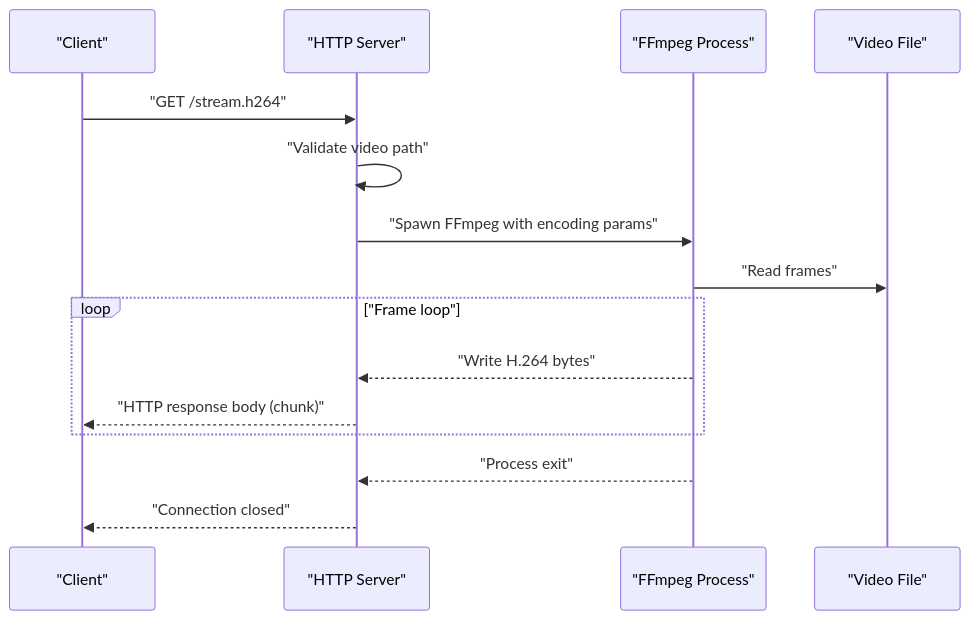
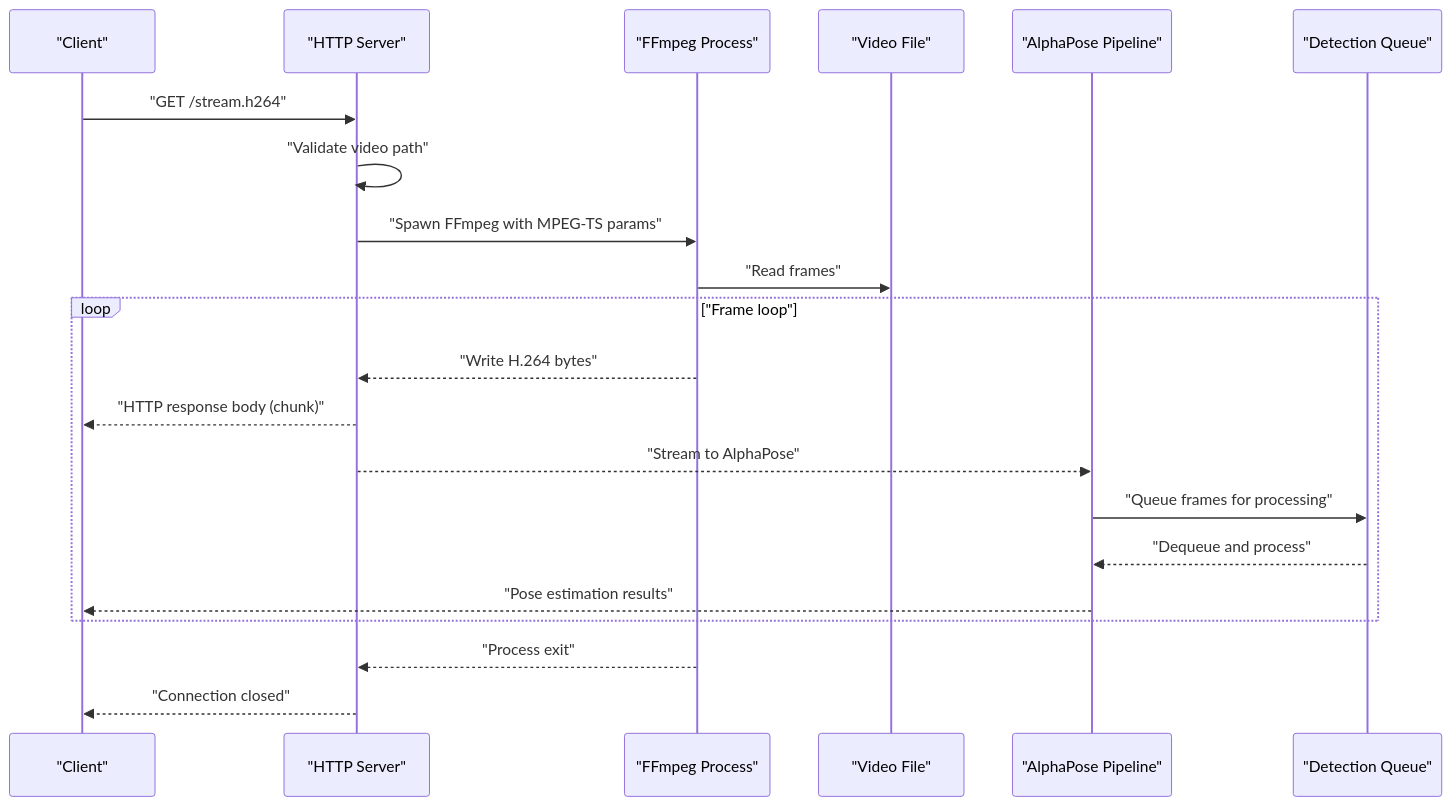
Before and after one commit to Fogus-Gr/MeasurementsDTs: the second of 4 diagrams in .qoder/repowiki/en/content/Deployment Infrastructure/HTTP Streaming Server.md, drawn with Mermaid. The commit also changed other lines of this file and 10 other files, not shown here.

````diff
--- a/.qoder/repowiki/en/content/Deployment Infrastructure/HTTP Streaming Server.md
+++ b/.qoder/repowiki/en/content/Deployment Infrastructure/HTTP Streaming Server.md
@@ -97,17 +135,23 @@
 ```mermaid
 sequenceDiagram
 participant Client as "Client"
 participant Server as "HTTP Server"
 participant FF as "FFmpeg Process"
 participant FS as "Video File"
+participant AP as "AlphaPose Pipeline"
+participant DL as "Detection Queue"
 Client->>Server : "GET /stream.h264"
 Server->>Server : "Validate video path"
-Server->>FF : "Spawn FFmpeg with encoding params"
+Server->>FF : "Spawn FFmpeg with MPEG-TS params"
 FF->>FS : "Read frames"
 loop "Frame loop"
 FF-->>Server : "Write H.264 bytes"
 Server-->>Client : "HTTP response body (chunk)"
+Server-->>AP : "Stream to AlphaPose"
+AP->>DL : "Queue frames for processing"
+DL-->>AP : "Dequeue and process"
+AP-->>Client : "Pose estimation results"
 end
 FF-->>Server : "Process exit"
 Server-->>Client : "Connection closed"
 ```
````
